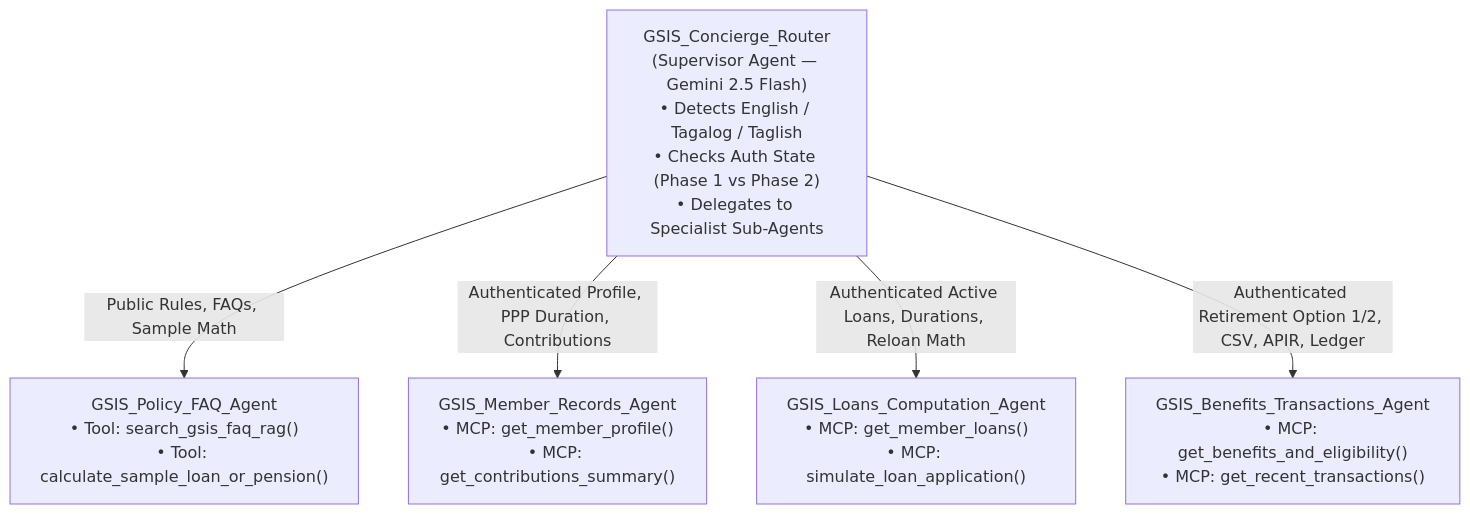
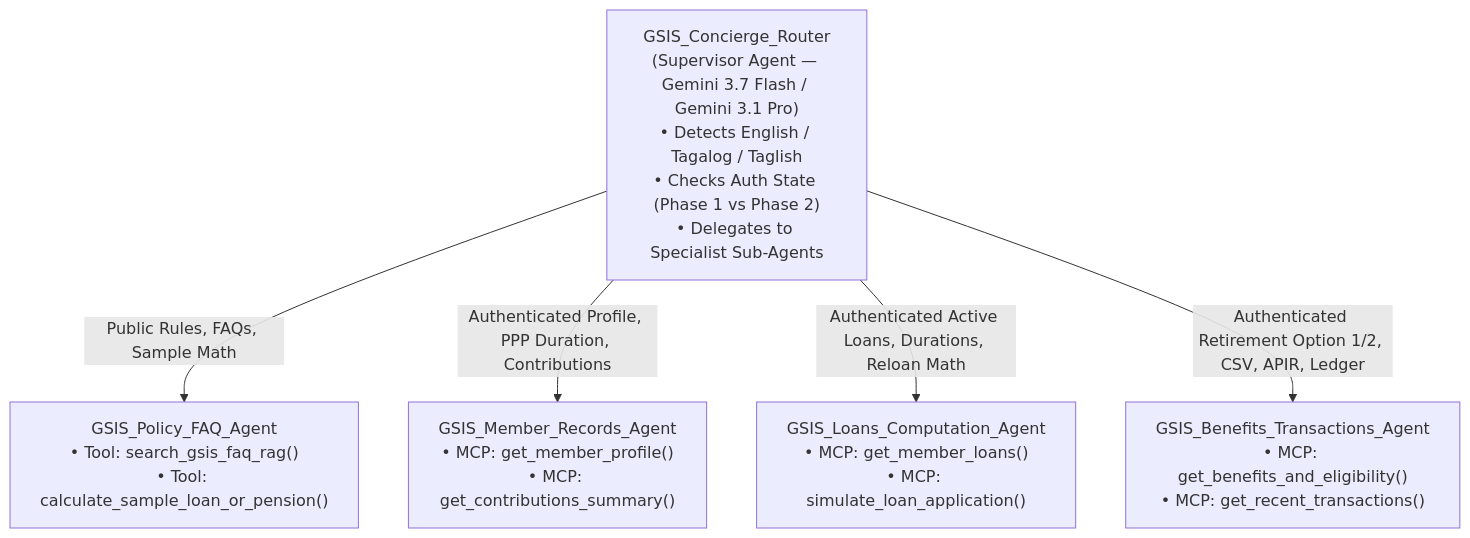
One commit to markea/gsis-chatbot-demo-2026 changed the third of 3 diagrams in 02_TDD_GSIS_CHATBOT_DEMO_MOCK_ARCHITECTURE.md. Above: the diagram before and after it, drawn with Mermaid. The commit also changed other lines of this file and 3 other files, not shown here.

Commit message:
docs: update foundation model specifications to Gemini 3.1 Pro and Gemini 3.7 Flash across BRD and TDDs

````diff
--- a/02_TDD_GSIS_CHATBOT_DEMO_MOCK_ARCHITECTURE.md
+++ b/02_TDD_GSIS_CHATBOT_DEMO_MOCK_ARCHITECTURE.md
@@ -350,9 +350,9 @@
 ```mermaid
 flowchart TD
-    Root["GSIS_Concierge_Router\n(Supervisor Agent — Gemini 2.5 Flash)\n• Detects English / Tagalog / Taglish\n• Checks Auth State (Phase 1 vs Phase 2)\n• Delegates to Specialist Sub-Agents"]
+    Root["GSIS_Concierge_Router\n(Supervisor Agent — Gemini 3.7 Flash / Gemini 3.1 Pro)\n• Detects English / Tagalog / Taglish\n• Checks Auth State (Phase 1 vs Phase 2)\n• Delegates to Specialist Sub-Agents"]
     
     Root -->|"Public Rules, FAQs, Sample Math"| P1["GSIS_Policy_FAQ_Agent\n• Tool: search_gsis_faq_rag()\n• Tool: calculate_sample_loan_or_pension()"]
     Root -->|"Authenticated Profile, PPP Duration, Contributions"| P2_Rec["GSIS_Member_Records_Agent\n• MCP: get_member_profile()\n• MCP: get_contributions_summary()"]
     Root -->|"Authenticated Active Loans, Durations, Reloan Math"| P2_Loan["GSIS_Loans_Computation_Agent\n• MCP: get_member_loans()\n• MCP: simulate_loan_application()"]
     Root -->|"Authenticated Retirement Option 1/2, CSV, APIR, Ledger"| P2_Ben["GSIS_Benefits_Transactions_Agent\n• MCP: get_benefits_and_eligibility()\n• MCP: get_recent_transactions()"]
 ```
````
